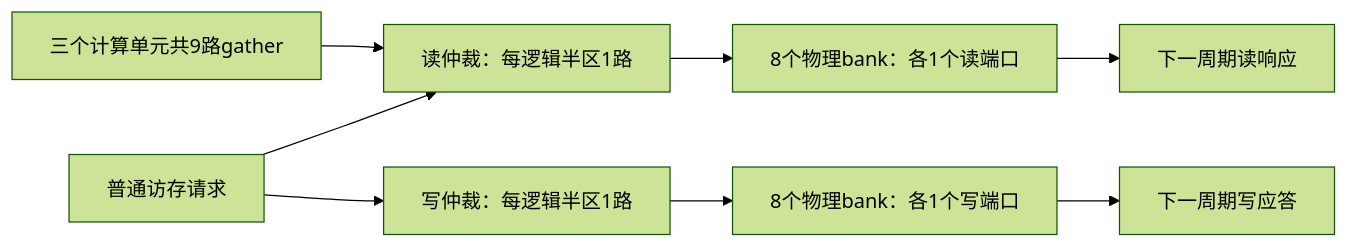
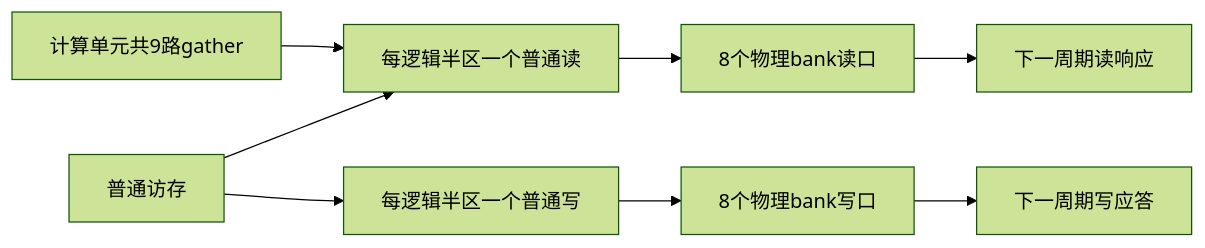
The diagram in npu/docs/rf1r1w.md (CatalpaEel/mynpu), drawn with Mermaid (forest theme) before and after one commit. The commit also changed other lines of this file and 128 other files, not shown here.

````diff
--- a/npu/docs/rf1r1w.md
+++ b/npu/docs/rf1r1w.md
@@ -9,10 +7,10 @@
 ```mermaid
 flowchart LR
- M[普通访存请求] --> R[读仲裁：每逻辑半区1路]
- M --> W[写仲裁：每逻辑半区1路]
- G[三个计算单元共9路gather] --> R
- R --> RP[8个物理bank：各1个读端口]
- W --> WP[8个物理bank：各1个写端口]
+ M[普通访存] --> R[每逻辑半区一个普通读]
+ M --> W[每逻辑半区一个普通写]
+ G[计算单元共9路gather] --> R
+ R --> RP[8个物理bank读口]
+ W --> WP[8个物理bank写口]
  RP --> RET[下一周期读响应]
  WP --> ACK[下一周期写应答]
 ```
````
